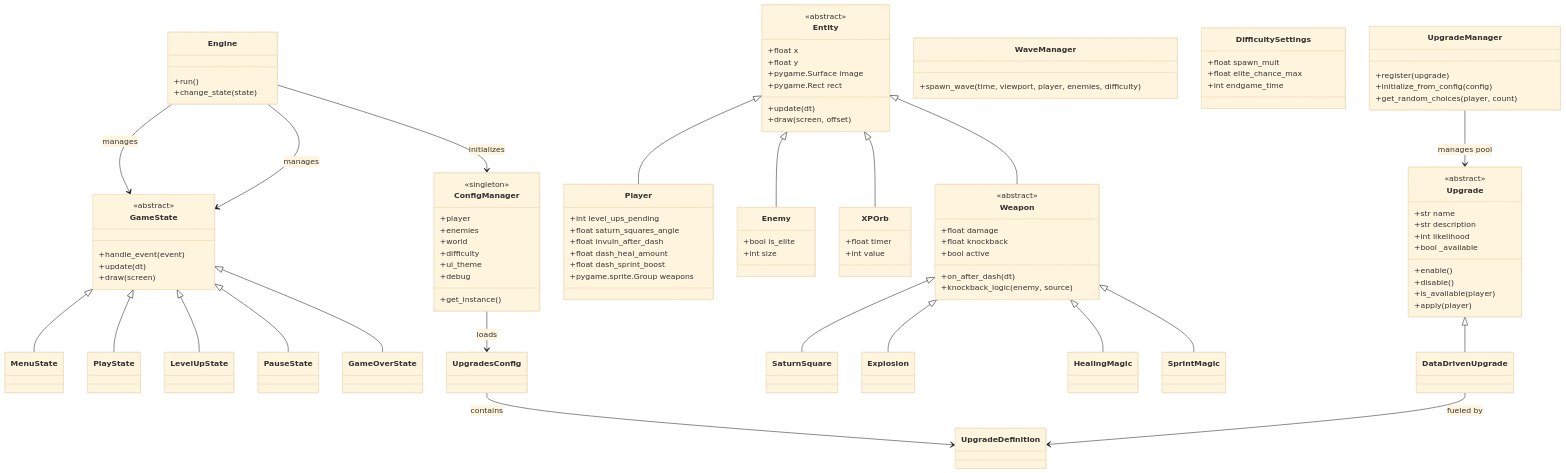
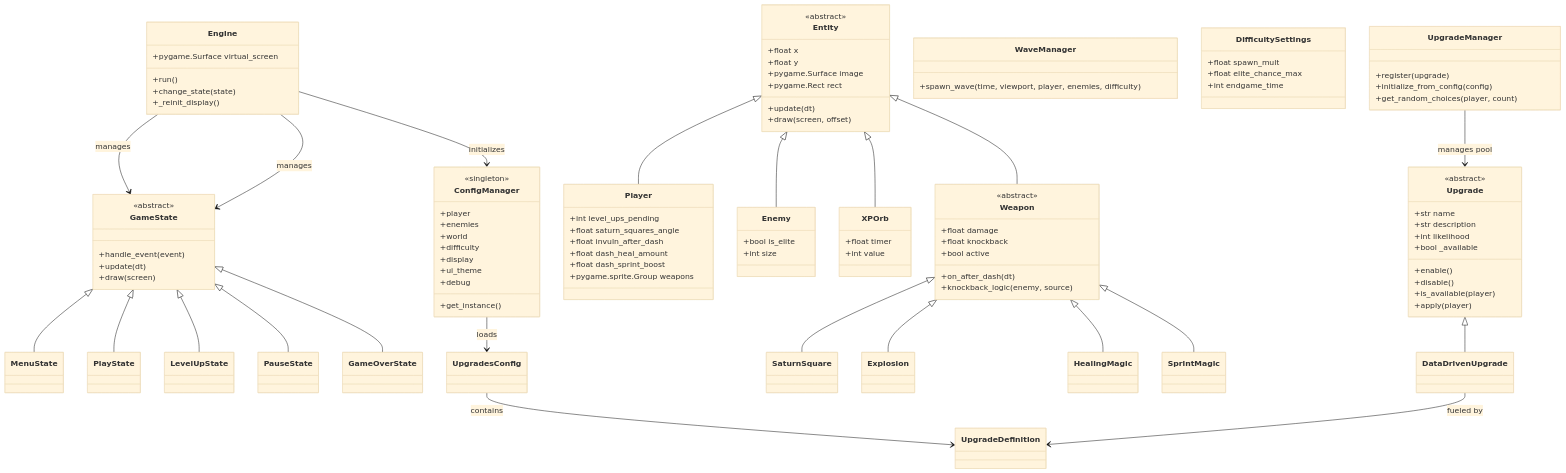
The diagram in README.md (lavariall/square-survivors), drawn with Mermaid (base theme) before and after one commit. The commit also changed other lines of this file and 4 other files, not shown here.

Commit message:
feat: implement full screen mode and virtual resolution scaling system

```diff
--- a/README.md
+++ b/README.md
@@ -24,6 +25,8 @@
     class Engine {
         +run()
         +change_state(state)
+        +pygame.Surface virtual_screen
+        +_reinit_display()
     }
     class GameState {
         <<abstract>>
@@ -137,6 +140,7 @@
         +enemies
         +world
         +difficulty
+        +display
         +ui_theme
         +debug
     }
```
